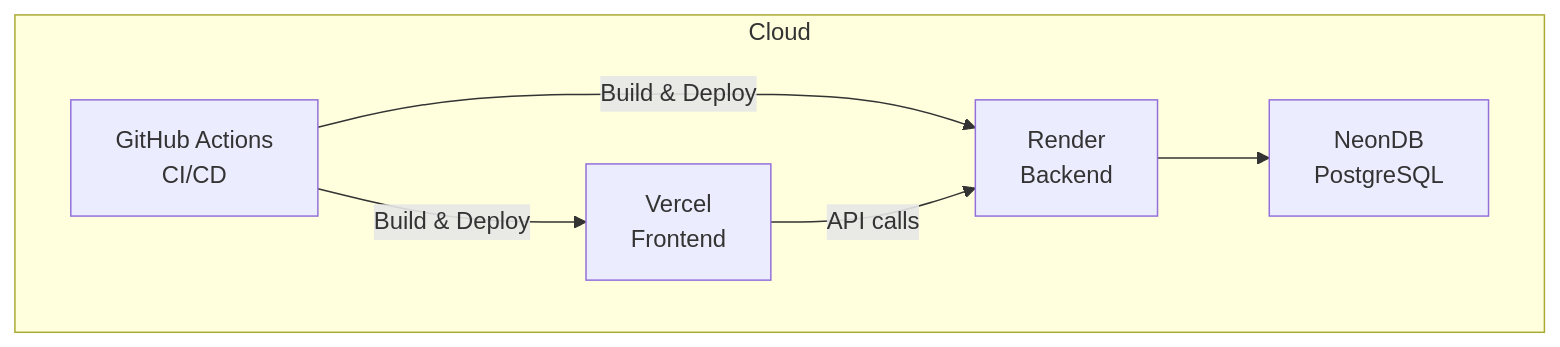
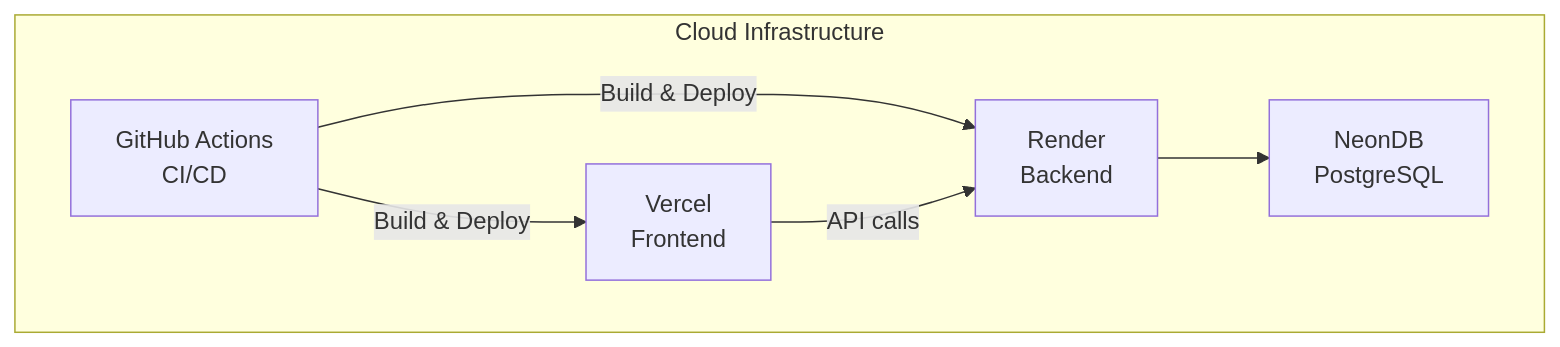
The third of 3 diagrams in README.md (rbkhan007/Ollama-Emulator-Desktop-Ultimate), drawn with Mermaid before and after one commit. The commit also changed other lines of this file, not shown here.

Commit message:
docs: improve README mermaid diagrams for reliable GitHub rendering (quoted labels, balanced subgraphs)

````diff
--- a/README.md
+++ b/README.md
@@ -162,14 +162,14 @@
 ```mermaid
 graph TD
-    subgraph Cloud
-        Vercel[Vercel<br/>Frontend]
-        Render[Render<br/>Backend]
-        Neon[NeonDB<br/>PostgreSQL]
-        GitHub[GitHub Actions<br/>CI/CD]
+    subgraph Cloud["Cloud Infrastructure"]
+        Vercel["Vercel<br/>Frontend"]
+        Render["Render<br/>Backend"]
+        Neon["NeonDB<br/>PostgreSQL"]
+        GitHub["GitHub Actions<br/>CI/CD"]
     end
 
-    GitHub -->|Build & Deploy| Vercel
-    GitHub -->|Build & Deploy| Render
+    GitHub -->|"Build & Deploy"| Vercel
+    GitHub -->|"Build & Deploy"| Render
     Render --> Neon
-    Vercel -->|API calls| Render
+    Vercel -->|"API calls"| Render
 ```
````
